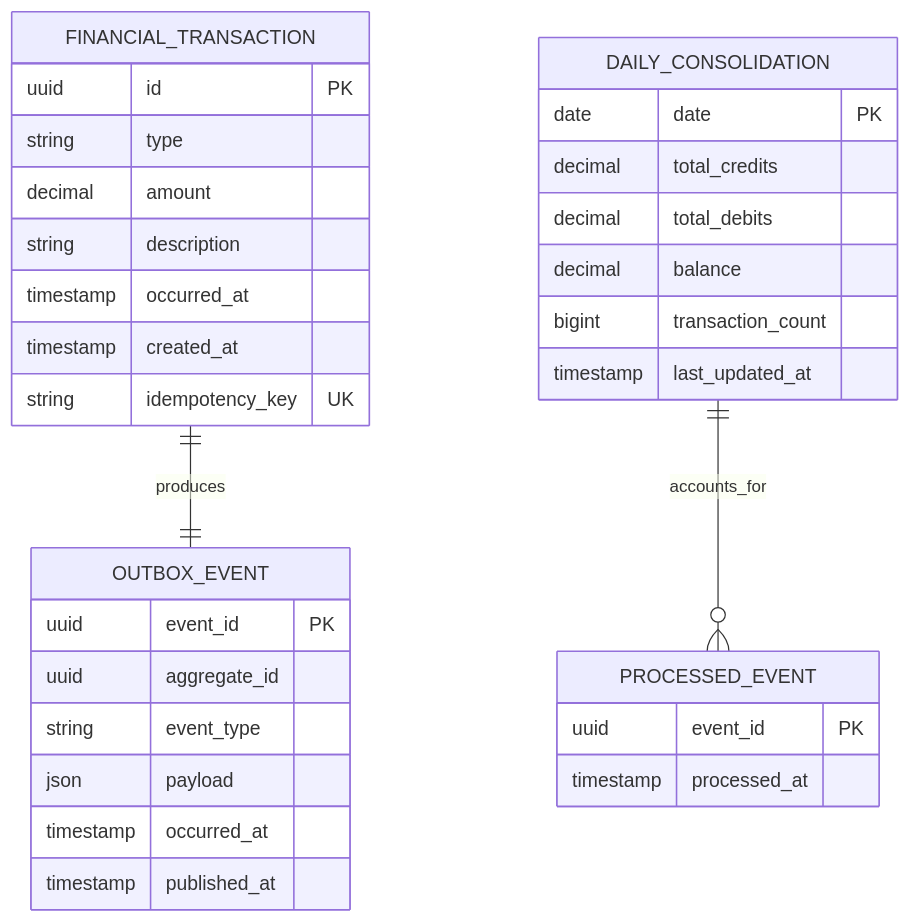
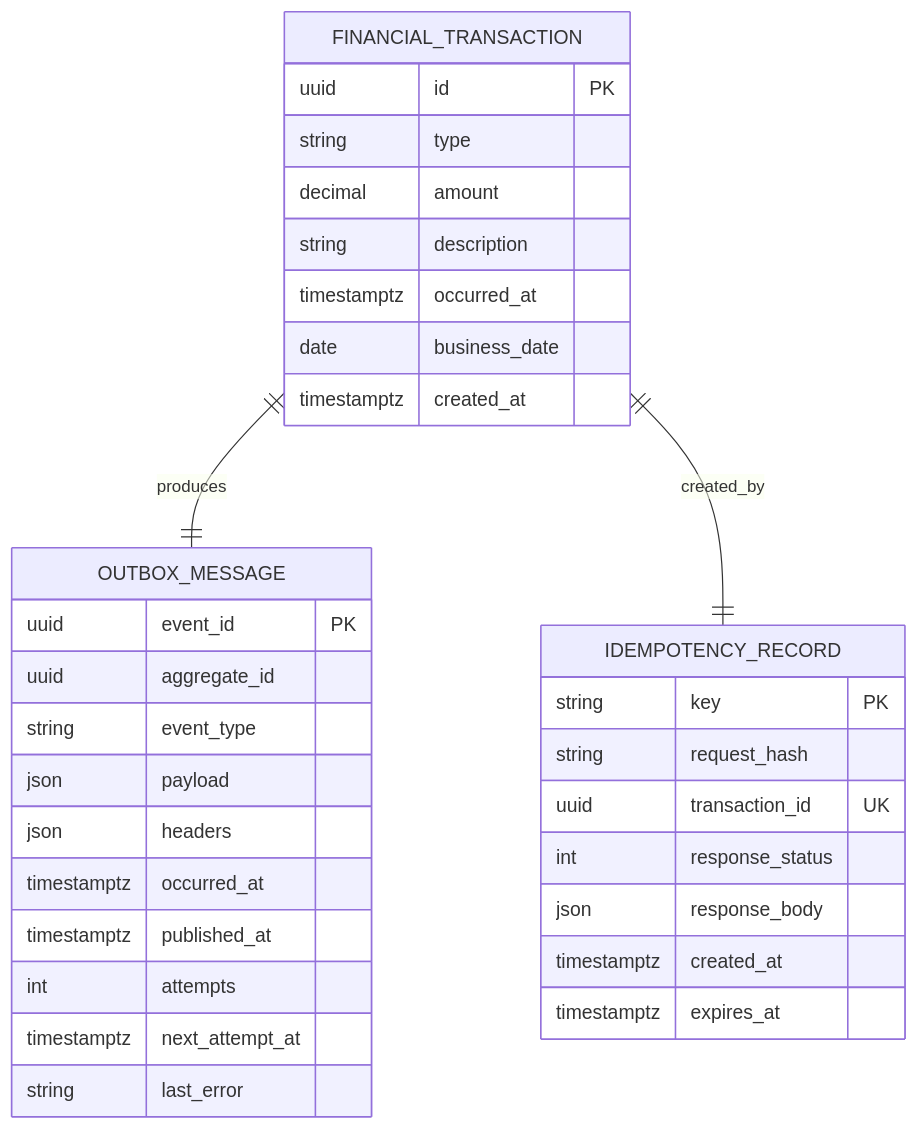
Before and after one commit to ThiagoFerraciolli/cash-flow-architecture: the first of 2 diagrams in docs/04-views/Data-View.md, drawn with Mermaid. The commit also changed other lines of this file, not shown here.

````diff
--- a/docs/04-views/Data-View.md
+++ b/docs/04-views/Data-View.md
@@ -15,38 +16,38 @@
 ```mermaid
 erDiagram
-    FINANCIAL_TRANSACTION ||--|| OUTBOX_EVENT : produces
-    DAILY_CONSOLIDATION ||--o{ PROCESSED_EVENT : accounts_for
+    FINANCIAL_TRANSACTION ||--|| OUTBOX_MESSAGE : produces
+    FINANCIAL_TRANSACTION ||--|| IDEMPOTENCY_RECORD : created_by
 
     FINANCIAL_TRANSACTION {
       uuid id PK
       string type
       decimal amount
       string description
-      timestamp occurred_at
-      timestamp created_at
-      string idempotency_key UK
+      timestamptz occurred_at
+      date business_date
+      timestamptz created_at
     }
 
-    OUTBOX_EVENT {
+    IDEMPOTENCY_RECORD {
+      string key PK
+      string request_hash
+      uuid transaction_id UK
+      int response_status
+      json response_body
+      timestamptz created_at
+      timestamptz expires_at
+    }
+
+    OUTBOX_MESSAGE {
       uuid event_id PK
       uuid aggregate_id
       string event_type
       json payload
-      timestamp occurred_at
-      timestamp published_at
-    }
-
-    DAILY_CONSOLIDATION {
-      date date PK
-      decimal total_credits
-      decimal total_debits
-      decimal balance
-      bigint transaction_count
-      timestamp last_updated_at
-    }
-
-    PROCESSED_EVENT {
-      uuid event_id PK
-      timestamp processed_at
+      json headers
+      timestamptz occurred_at
+      timestamptz published_at
+      int attempts
+      timestamptz next_attempt_at
+      string last_error
     }
 ```
````
